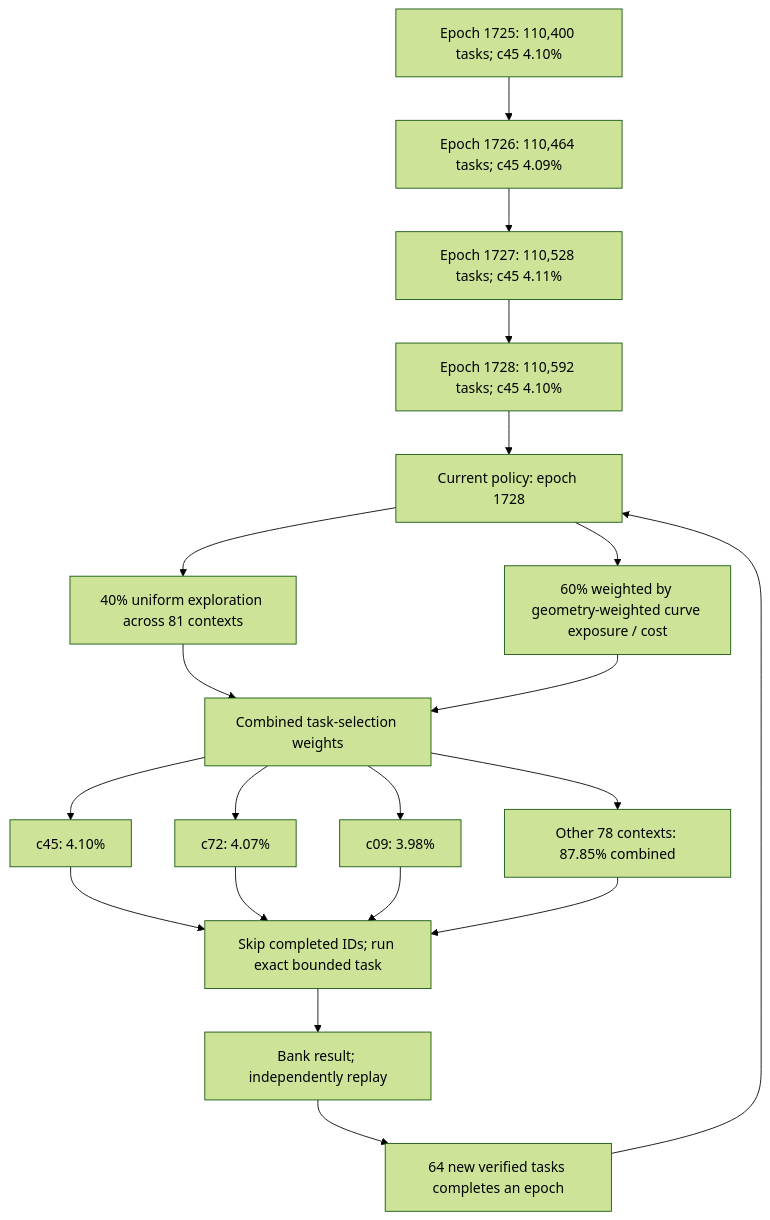
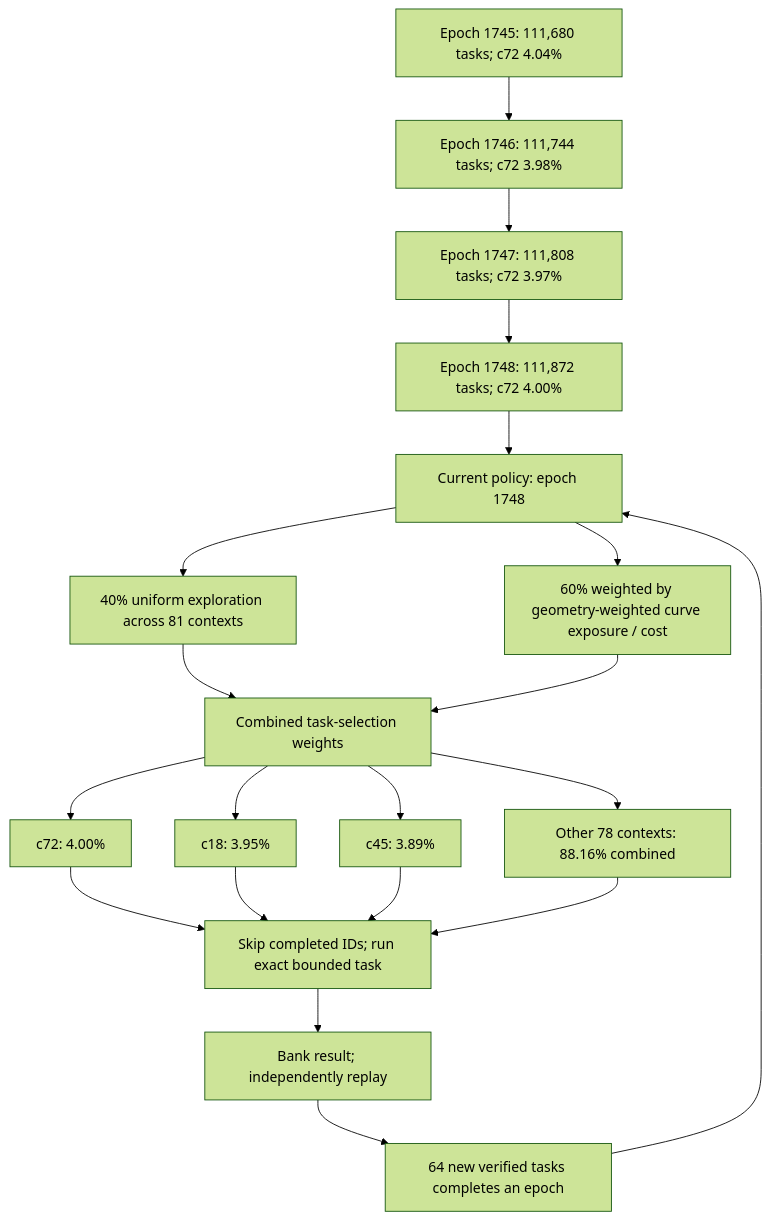
The first of 3 diagrams in README.md (Kuberwastaken/math-gambling), drawn with Mermaid (forest theme) before and after one commit. The commit also changed other lines of this file and 2617 other files, not shown here.

````diff
--- a/README.md
+++ b/README.md
@@ -56,27 +56,27 @@
 ```mermaid
 flowchart TD
-    H0["Epoch 1725: 110,400 tasks; c45 4.10%"]
-    H1["Epoch 1726: 110,464 tasks; c45 4.09%"]
+    H0["Epoch 1745: 111,680 tasks; c72 4.04%"]
+    H1["Epoch 1746: 111,744 tasks; c72 3.98%"]
     H0 --> H1
-    H2["Epoch 1727: 110,528 tasks; c45 4.11%"]
+    H2["Epoch 1747: 111,808 tasks; c72 3.97%"]
     H1 --> H2
-    H3["Epoch 1728: 110,592 tasks; c45 4.10%"]
+    H3["Epoch 1748: 111,872 tasks; c72 4.00%"]
     H2 --> H3
-    Policy["Current policy: epoch 1728"]
+    Policy["Current policy: epoch 1748"]
     H3 --> Policy
     Policy --> Explore["40% uniform exploration across 81 contexts"]
     Policy --> Cost["60% weighted by geometry-weighted curve exposure / cost"]
     Explore --> Mix["Combined task-selection weights"]
     Cost --> Mix
-    Mix --> C0["c45: 4.10%"]
-    Mix --> C1["c72: 4.07%"]
-    Mix --> C2["c09: 3.98%"]
-    Mix --> Rest["Other 78 contexts: 87.85% combined"]
+    Mix --> C0["c72: 4.00%"]
+    Mix --> C1["c18: 3.95%"]
+    Mix --> C2["c45: 3.89%"]
+    Mix --> Rest["Other 78 contexts: 88.16% combined"]
     C0 --> Check["Skip completed IDs; run exact bounded task"]
     C1 --> Check
     C2 --> Check
     Rest --> Check
     Check --> Replay["Bank result; independently replay"]
     Replay --> Gate["64 new verified tasks completes an epoch"]
     Gate --> Policy
 ```
````
